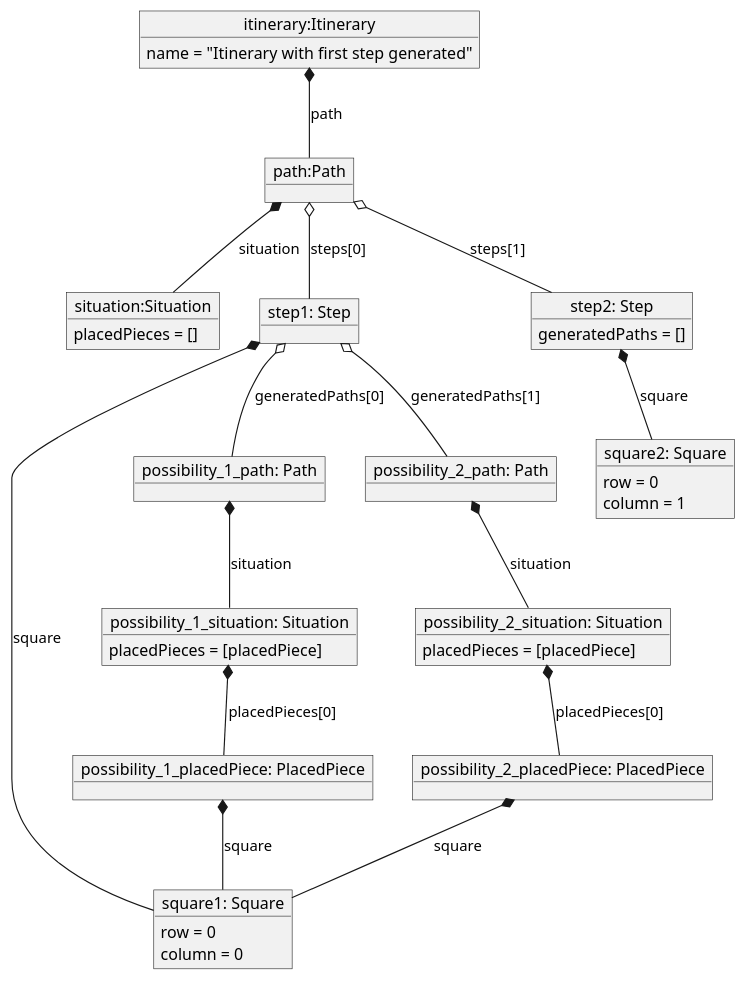
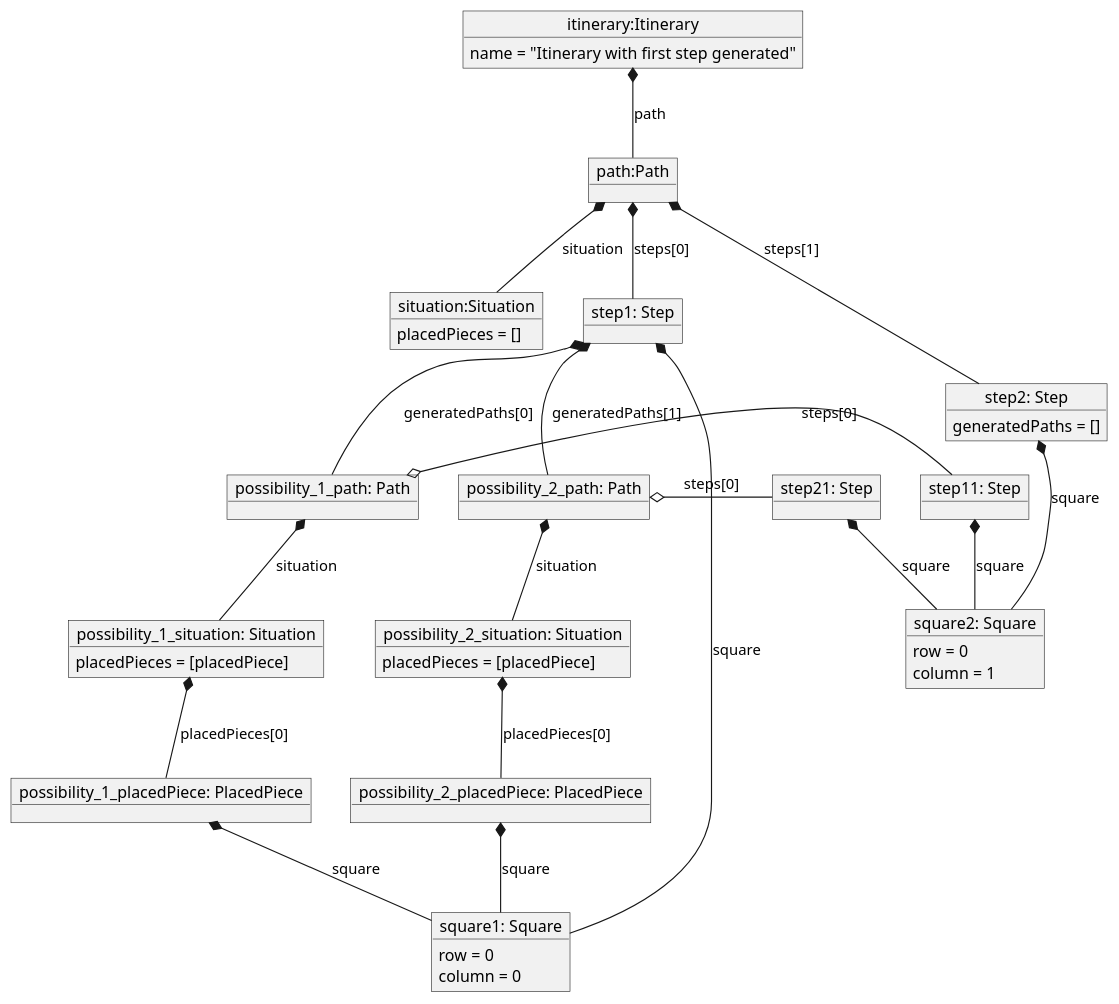
Before and after one commit to IgnacioMaestro/Eternity2: the diagram in doc/ItineraryObjectDiagram/ItineraryObjectWithGenerationDiagram.puml, drawn with PlantUML. The commit also changed 5 other files, not shown here.

First line of the commit message:
feat: enhance Path class with next step and rest steps management, update diagrams and add equality methods

```diff
--- a/doc/ItineraryObjectDiagram/ItineraryObjectWithGenerationDiagram.puml
+++ b/doc/ItineraryObjectDiagram/ItineraryObjectWithGenerationDiagram.puml
@@ -1,69 +1,80 @@
 @startuml ItineraryObjectDiagram
 
 ' Example of Itinerary with 2 steps with generation
 
 ' Define objects
 object "itinerary:Itinerary" as itinerary {
   name = "Itinerary with first step generated"
 }
 
 object "path:Path" as path {
 }
 
 object "situation:Situation" as situation {
   placedPieces = []
 }
 
 object "step1: Step" as step1 {
 }
 
 object "step2: Step" as step2 {
   generatedPaths = []
 }
 
 object "square1: Square" as square1 {
   row = 0
   column = 0
 }
 
 object "square2: Square" as square2 {
   row = 0
   column = 1
 }
 
 object "possibility_1_path: Path" as possibility1Path {
 }
 
 object "possibility_2_path: Path" as possibility2Path {
 }
 
 object "possibility_1_situation: Situation" as possibility1Situation {
   placedPieces = [placedPiece]
 }
 
 object "possibility_2_situation: Situation" as possibility2Situation {
   placedPieces = [placedPiece]
 }
 
 object "possibility_1_placedPiece: PlacedPiece" as possibility1PlacedPiece {
 }
 
 object "possibility_2_placedPiece: PlacedPiece" as possibility2PlacedPiece {
 }
 
+object "step11: Step" as step11 {
+}
+
+object "step21: Step" as step21 {
+}
+
+
 ' Define relationships
 itinerary *-- path : path
 path *-- situation : situation
-path o-- step1 : steps[0]
-path o-- step2 : steps[1]
+path *-- step1 : steps[0]
+path *-down- step2 : steps[1]
 step1 *-- square1 : square
+step11 *-- square2 : square
+step21 *-- square2 : square
 step2 *-- square2 : square
-step1 o-- possibility1Path : generatedPaths[0]
-step1 o-- possibility2Path : generatedPaths[1]
+step1 *-- possibility1Path : generatedPaths[0]
+step1 *-- possibility2Path : generatedPaths[1]
 possibility1Path *-- possibility1Situation : situation
+possibility1Path o-right- step11 : steps[0]
 possibility2Path *-- possibility2Situation : situation
+possibility2Path o-right- step21 : steps[0]
 possibility1Situation *-- possibility1PlacedPiece : placedPieces[0]
 possibility2Situation *-- possibility2PlacedPiece : placedPieces[0]
 possibility1PlacedPiece *-- square1 : square
 possibility2PlacedPiece *-- square1 : square
 @enduml
```
